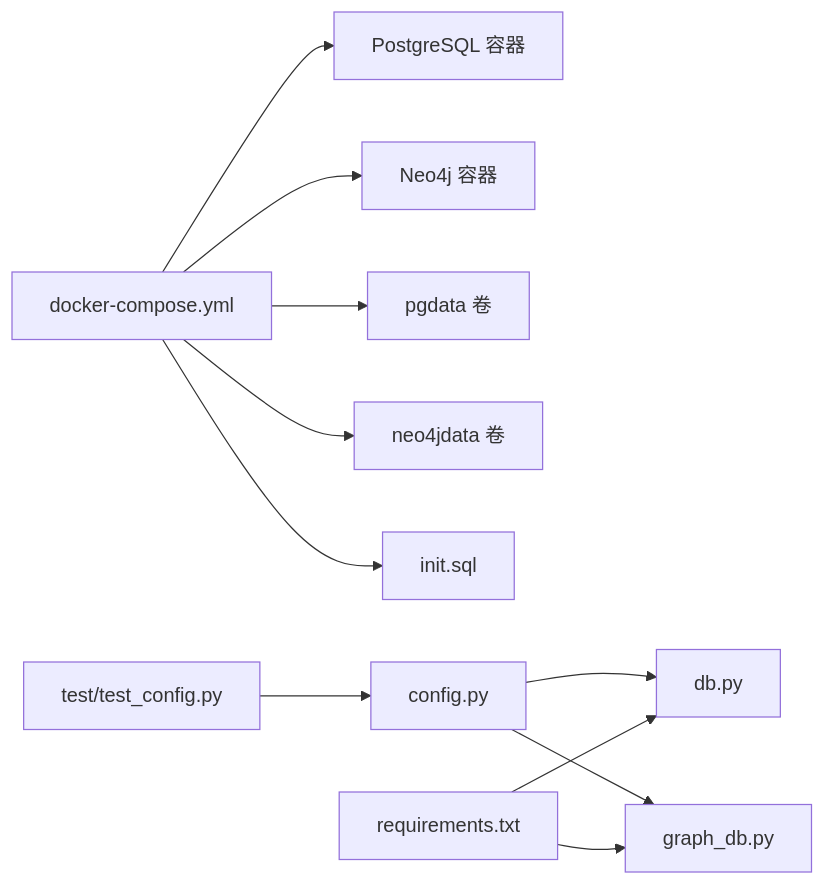
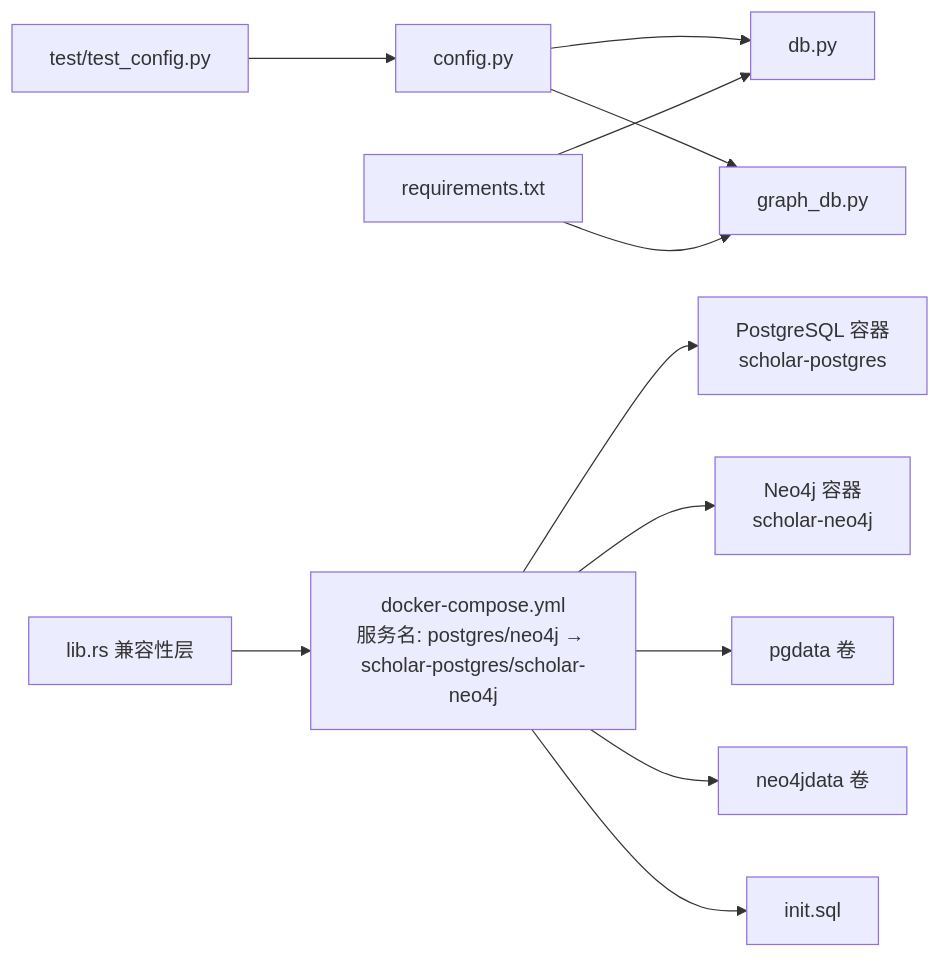
The eighth of 8 diagrams in .qoder/repowiki/zh/content/部署与运维/容器化部署.md (1173591564/academic-based-qoder), drawn with Mermaid before and after one commit. The commit also changed other lines of this file and 110 other files, not shown here.

````diff
--- a/.qoder/repowiki/zh/content/部署与运维/容器化部署.md
+++ b/.qoder/repowiki/zh/content/部署与运维/容器化部署.md
@@ -303,13 +357,14 @@
 ```mermaid
 graph LR
-DC["docker-compose.yml"] --> PG["PostgreSQL 容器"]
-DC --> N4J["Neo4j 容器"]
+DC["docker-compose.yml<br/>服务名: postgres/neo4j → scholar-postgres/scholar-neo4j"] --> PG["PostgreSQL 容器<br/>scholar-postgres"]
+DC --> N4J["Neo4j 容器<br/>scholar-neo4j"]
 DC --> V1["pgdata 卷"]
 DC --> V2["neo4jdata 卷"]
 DC --> INIT["init.sql"]
 CFG["config.py"] --> DB["db.py"]
 CFG --> GDB["graph_db.py"]
 REQ["requirements.txt"] --> DB
 REQ --> GDB
 TEST["test/test_config.py"] --> CFG
+COMPAT["lib.rs 兼容性层"] --> DC
 ```
````
